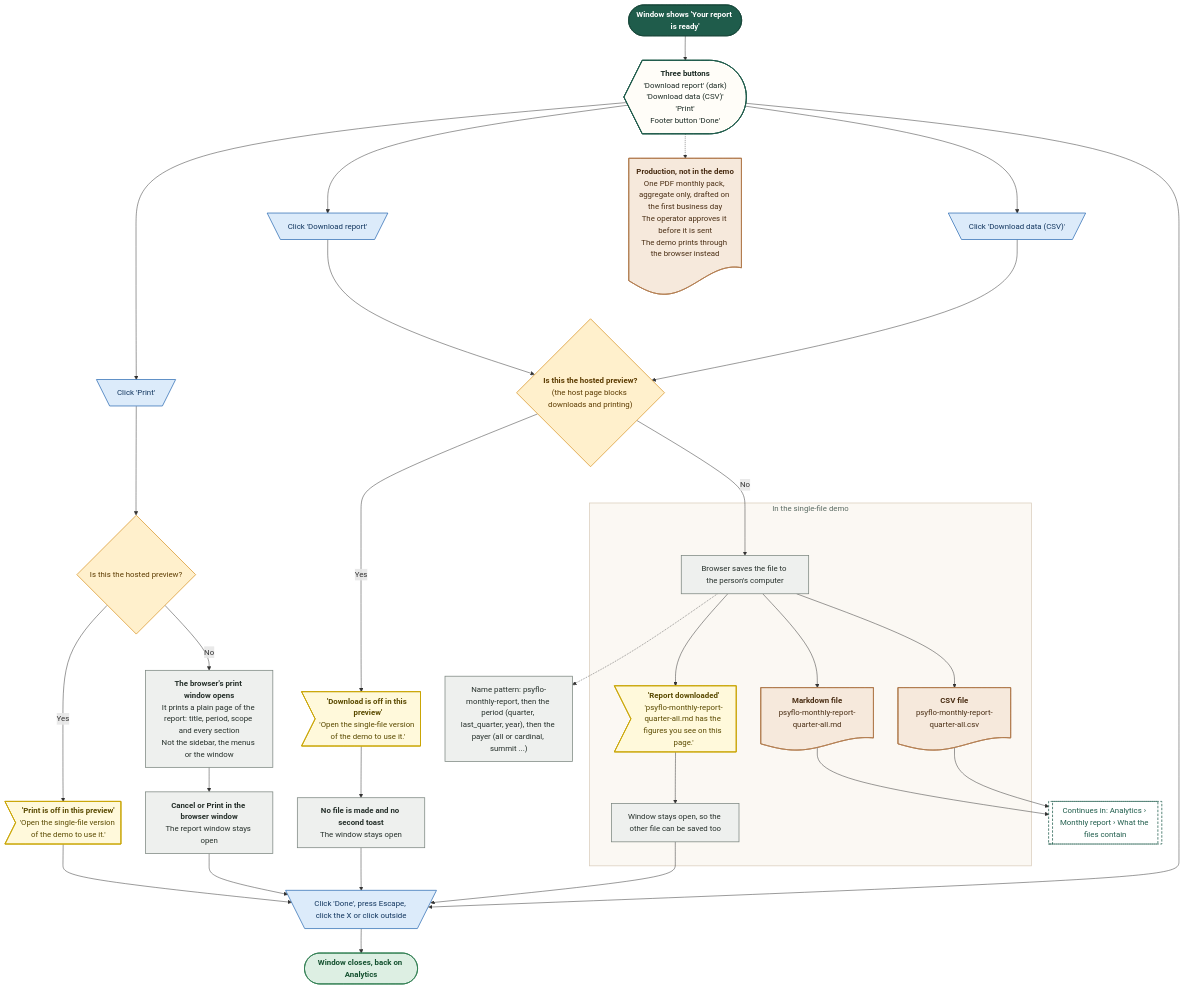
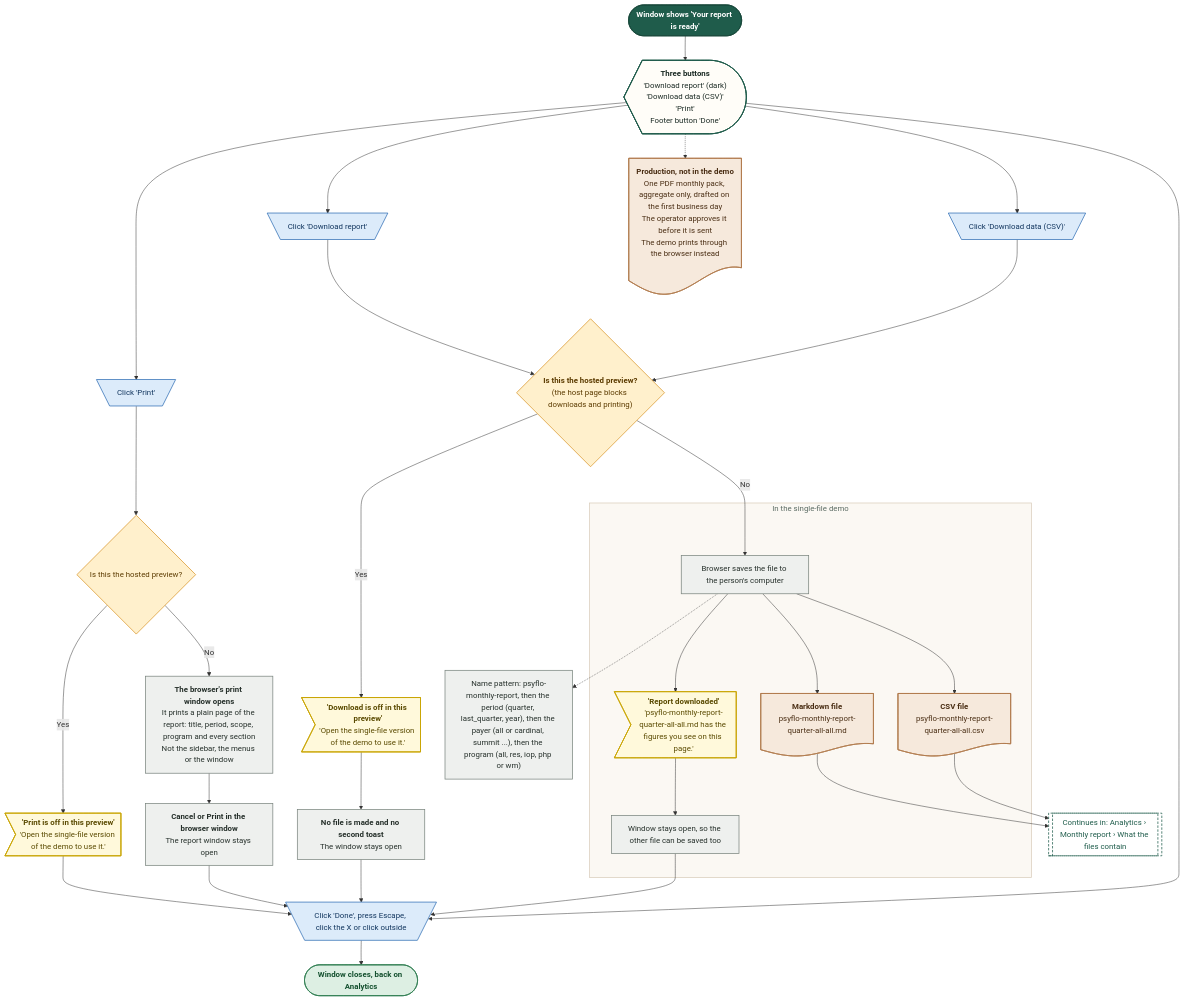
Before and after one commit to Shrav143/psyfloapp: diagram 11 of 12 in demos/prior-auth-demo/workflows/out/md/08-analytics.md, drawn with Mermaid. The commit also changed other lines of this file and 192 other files, not shown here.

First line of the commit message:
docs: changelog by sidebar tab; README, diagrams and Settings layout aligned with the refinement; shared InfoTip; referral cost-share line

````diff
--- a/demos/prior-auth-demo/workflows/out/md/08-analytics.md
+++ b/demos/prior-auth-demo/workflows/out/md/08-analytics.md
@@ -571,68 +826,68 @@
 ```mermaid
 %%{init: {"theme":"base","themeVariables":{"fontFamily":"'DM Sans', 'Segoe UI', system-ui, sans-serif","fontSize":"15px","lineColor":"#5B6B63","primaryTextColor":"#1C2B25","clusterBkg":"#FBF8F3","clusterBorder":"#D9CDBB","edgeLabelBackground":"#FFFFFF"},"flowchart":{"curve":"basis","nodeSpacing":36,"rankSpacing":48,"padding":12,"htmlLabels":true,"useMaxWidth":false,"wrappingWidth":230}} }%%
 flowchart TD
   classDef k_start fill:#1F5C4B,stroke:#174638,color:#FFFFFF,stroke-width:1.5px,font-weight:600
   classDef k_end fill:#DDEFE3,stroke:#2E7D4F,color:#14502F,stroke-width:1.5px,font-weight:600
   classDef k_endx fill:#FBE3E0,stroke:#C0392B,color:#7A1F16,stroke-width:1.5px,font-weight:600
   classDef k_screen fill:#FFFDF8,stroke:#1F5C4B,color:#1C2B25,stroke-width:2px
   classDef k_overlay fill:#F1F7F3,stroke:#1F5C4B,color:#1C2B25,stroke-width:2px,stroke-dasharray:5 3
   classDef k_click fill:#DCEBFA,stroke:#2F6DB5,color:#12365F,stroke-width:1.5px
   classDef k_input fill:#E4E7FF,stroke:#4C5FD5,color:#1D2670,stroke-width:1.5px
   classDef k_process fill:#EEF0EE,stroke:#7A857F,color:#26302B,stroke-width:1.5px
   classDef k_agent fill:#EEE5FA,stroke:#7A4FC2,color:#341A63,stroke-width:1.5px
   classDef k_decision fill:#FFF0CC,stroke:#D9962B,color:#5C3B00,stroke-width:1.5px
   classDef k_store fill:#D5F0EA,stroke:#1C8E7B,color:#0B4A3F,stroke-width:1.5px
   classDef k_doc fill:#F6E9DC,stroke:#B07A4C,color:#4A2E14,stroke-width:1.5px
   classDef k_ext fill:#FFE6D2,stroke:#E07B39,color:#6B2F06,stroke-width:1.5px
   classDef k_wait fill:#E4E8EE,stroke:#6B7C93,color:#26303D,stroke-width:1.5px
   classDef k_toast fill:#FFF9DB,stroke:#C9A400,color:#5A4A00,stroke-width:1.5px
   classDef k_goto fill:#FFFFFF,stroke:#1F5C4B,color:#1F5C4B,stroke-width:1.5px,stroke-dasharray:5 3
   s1@{ shape: stadium, label: "Window shows 'Your report is ready'" }
   sc@{ shape: curv-trap, label: "<b>Three buttons</b><br/>'Download report' (dark)<br/>'Download data (CSV)'<br/>'Print'<br/>Footer button 'Done'" }
   c1@{ shape: trap-t, label: "Click 'Download report'" }
   c2@{ shape: trap-t, label: "Click 'Download data (CSV)'" }
   c3@{ shape: trap-t, label: "Click 'Print'" }
   q2@{ shape: diam, label: "Is this the hosted preview?" }
   t3@{ shape: odd, label: "<b>'Print is off in this preview'</b><br/>'Open the single-file version of the demo to use it.'" }
-  pp@{ shape: rect, label: "<b>The browser's print window opens</b><br/>It prints a plain page of the report: title, period, scope and every section<br/>Not the sidebar, the menus or the window" }
+  pp@{ shape: rect, label: "<b>The browser's print window opens</b><br/>It prints a plain page of the report: title, period, scope, program and every section<br/>Not the sidebar, the menus or the window" }
   pq@{ shape: rect, label: "<b>Cancel or Print in the browser window</b><br/>The report window stays open" }
   q1@{ shape: diam, label: "<b>Is this the hosted preview?</b><br/>(the host page blocks downloads and printing)" }
   t1@{ shape: odd, label: "<b>'Download is off in this preview'</b><br/>'Open the single-file version of the demo to use it.'" }
   p0@{ shape: rect, label: "<b>No file is made and no second toast</b><br/>The window stays open" }
   subgraph gFile ["In the single-file demo"]
-  f1@{ shape: doc, label: "<b>Markdown file</b><br/>psyflo-monthly-report-quarter-all.md" }
-  f2@{ shape: doc, label: "<b>CSV file</b><br/>psyflo-monthly-report-quarter-all.csv" }
+  f1@{ shape: doc, label: "<b>Markdown file</b><br/>psyflo-monthly-report-quarter-all-all.md" }
+  f2@{ shape: doc, label: "<b>CSV file</b><br/>psyflo-monthly-report-quarter-all-all.csv" }
   p1@{ shape: rect, label: "Browser saves the file to the person's computer" }
-  t2@{ shape: odd, label: "<b>'Report downloaded'</b><br/>'psyflo-monthly-report-quarter-all.md has the figures you see on this page.'" }
+  t2@{ shape: odd, label: "<b>'Report downloaded'</b><br/>'psyflo-monthly-report-quarter-all-all.md has the figures you see on this page.'" }
   p2@{ shape: rect, label: "Window stays open, so the other file can be saved too" }
   end
-  n1@{ shape: rect, label: "Name pattern: psyflo-monthly-report, then the period (quarter, last_quarter, year), then the payer (all or cardinal, summit ...)" }
+  n1@{ shape: rect, label: "Name pattern: psyflo-monthly-report, then the period (quarter, last_quarter, year), then the payer (all or cardinal, summit ...), then the program (all, res, iop, php or wm)" }
   d1@{ shape: doc, label: "<b>Production, not in the demo</b><br/>One PDF monthly pack, aggregate only, drafted on the first business day<br/>The operator approves it before it is sent<br/>The demo prints through the browser instead" }
   k1@{ shape: trap-t, label: "Click 'Done', press Escape, click the X or click outside" }
   e1@{ shape: stadium, label: "Window closes, back on Analytics" }
   g1@{ shape: subproc, label: "Continues in: Analytics › Monthly report › What the files contain" }
   s1 --> sc
   sc --> c1 & c2 & c3
   c3 --> q2
   q2 -->|"Yes"| t3 --> k1
   q2 -->|"No"| pp --> pq --> k1
   c1 & c2 --> q1
   q1 -->|"Yes"| t1 --> p0 --> k1
   q1 -->|"No"| p1 --> t2 --> p2 --> k1
   p1 --> f1 & f2
   p1 -.-> n1
   f1 & f2 --> g1
   sc --> k1
   k1 --> e1
   sc -.-> d1
   class s1 k_start
   class sc k_screen
   class c1,c2,c3,k1 k_click
   class q2,q1 k_decision
   class t3,t1,t2 k_toast
   class pp,pq,p0,p1,p2,n1 k_process
   class f1,f2,d1 k_doc
   class e1 k_end
   class g1 k_goto
   style gFile fill:#FBF8F3,stroke:#D9CDBB,stroke-width:1.5px,color:#5B6B63
 ```
````
